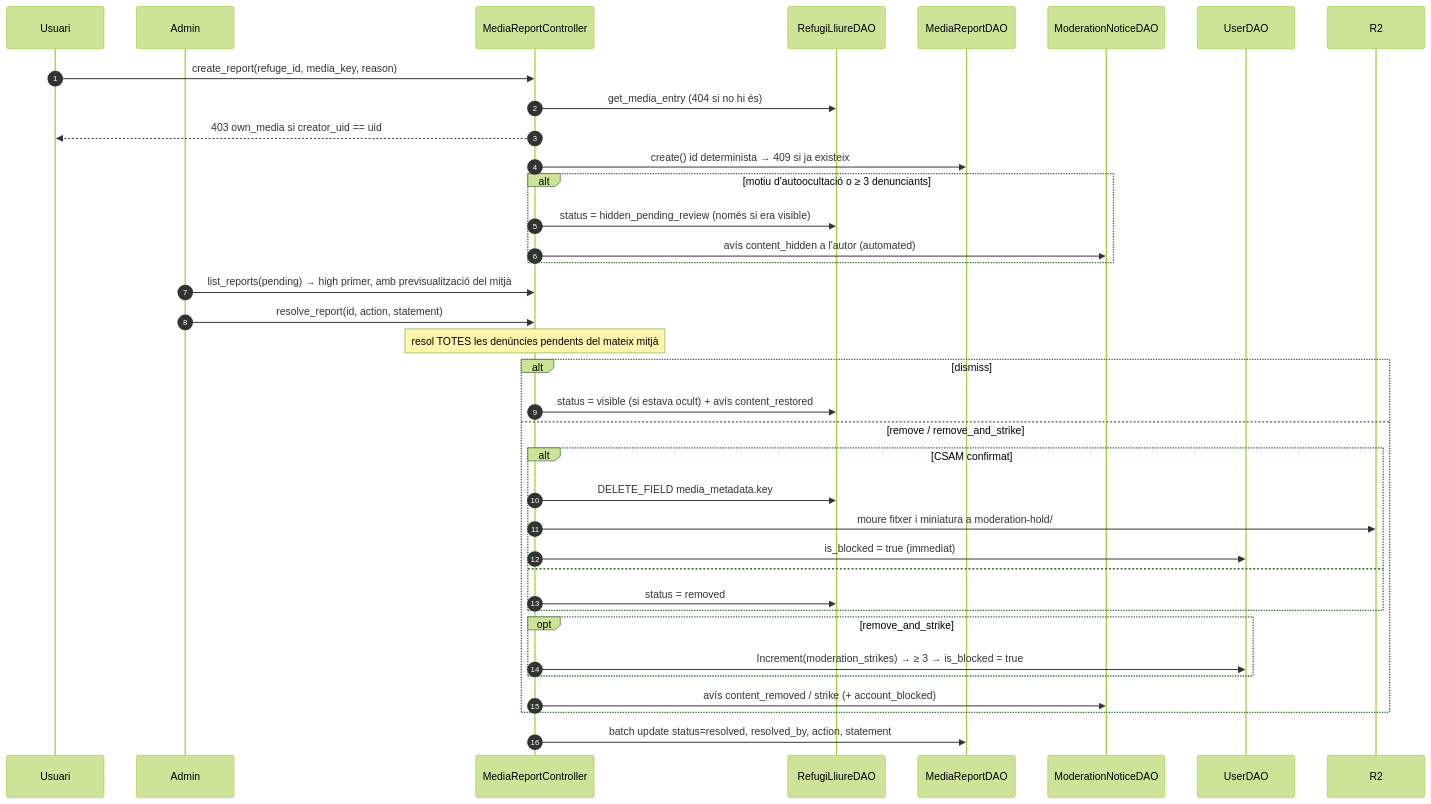
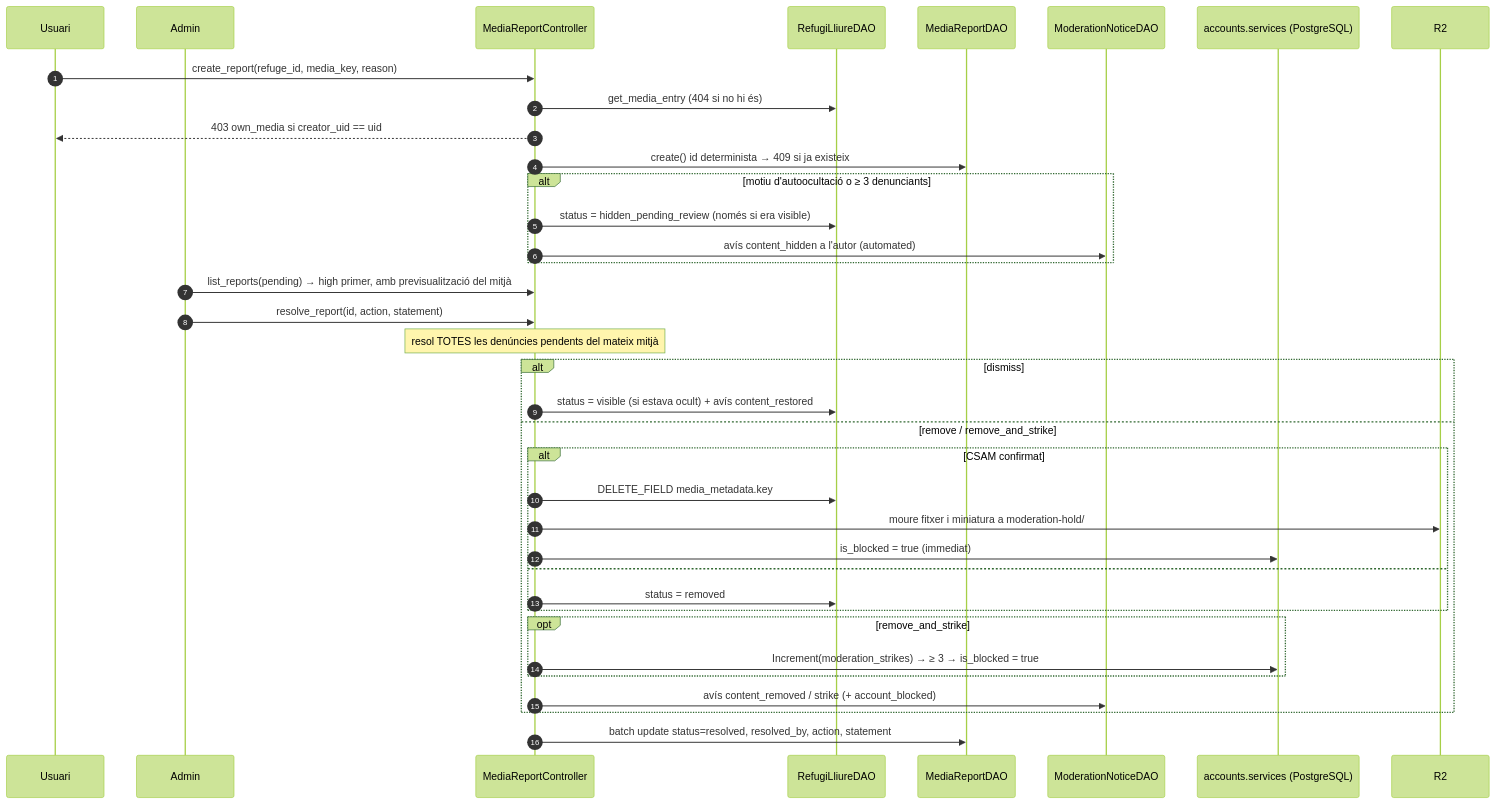
Before and after one commit to jordirev/RefugisLliures_Backend: the diagram in docs/flows/12-media-moderation.md, drawn with Mermaid (forest theme). The commit also changed other lines of this file and 26 other files, not shown here.

Commit message:
[Usuaris] docs: documentació del chunk 3 (usuaris a PostgreSQL, HasProfile, gotchas i deute tècnic)

````diff
--- a/docs/flows/12-media-moderation.md
+++ b/docs/flows/12-media-moderation.md
@@ -50,40 +50,40 @@
 ```mermaid
 sequenceDiagram
     autonumber
     participant U as Usuari
     participant A as Admin
     participant RC as MediaReportController
     participant RD as RefugiLliureDAO
     participant MR as MediaReportDAO
     participant N as ModerationNoticeDAO
-    participant UD as UserDAO
+    participant UD as accounts.services (PostgreSQL)
     participant R2 as R2
 
     U->>RC: create_report(refuge_id, media_key, reason)
     RC->>RD: get_media_entry (404 si no hi és)
     RC-->>U: 403 own_media si creator_uid == uid
     RC->>MR: create() id determinista → 409 si ja existeix
     alt motiu d'autoocultació o ≥ 3 denunciants
         RC->>RD: status = hidden_pending_review (només si era visible)
         RC->>N: avís content_hidden a l'autor (automated)
     end
     A->>RC: list_reports(pending) → high primer, amb previsualització del mitjà
     A->>RC: resolve_report(id, action, statement)
     Note over RC: resol TOTES les denúncies pendents del mateix mitjà
     alt dismiss
         RC->>RD: status = visible (si estava ocult) + avís content_restored
     else remove / remove_and_strike
         alt CSAM confirmat
             RC->>RD: DELETE_FIELD media_metadata.key
             RC->>R2: moure fitxer i miniatura a moderation-hold/
             RC->>UD: is_blocked = true (immediat)
         else
             RC->>RD: status = removed
         end
         opt remove_and_strike
             RC->>UD: Increment(moderation_strikes) → ≥ 3 → is_blocked = true
         end
         RC->>N: avís content_removed / strike (+ account_blocked)
     end
     RC->>MR: batch update status=resolved, resolved_by, action, statement
 ```
````
